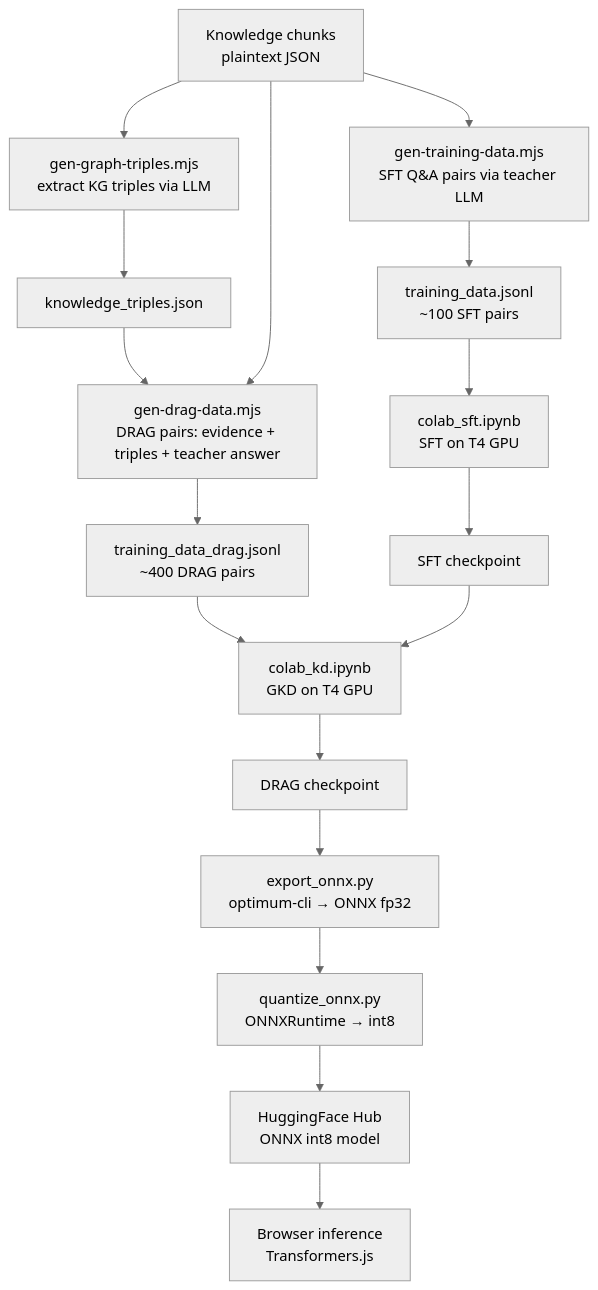
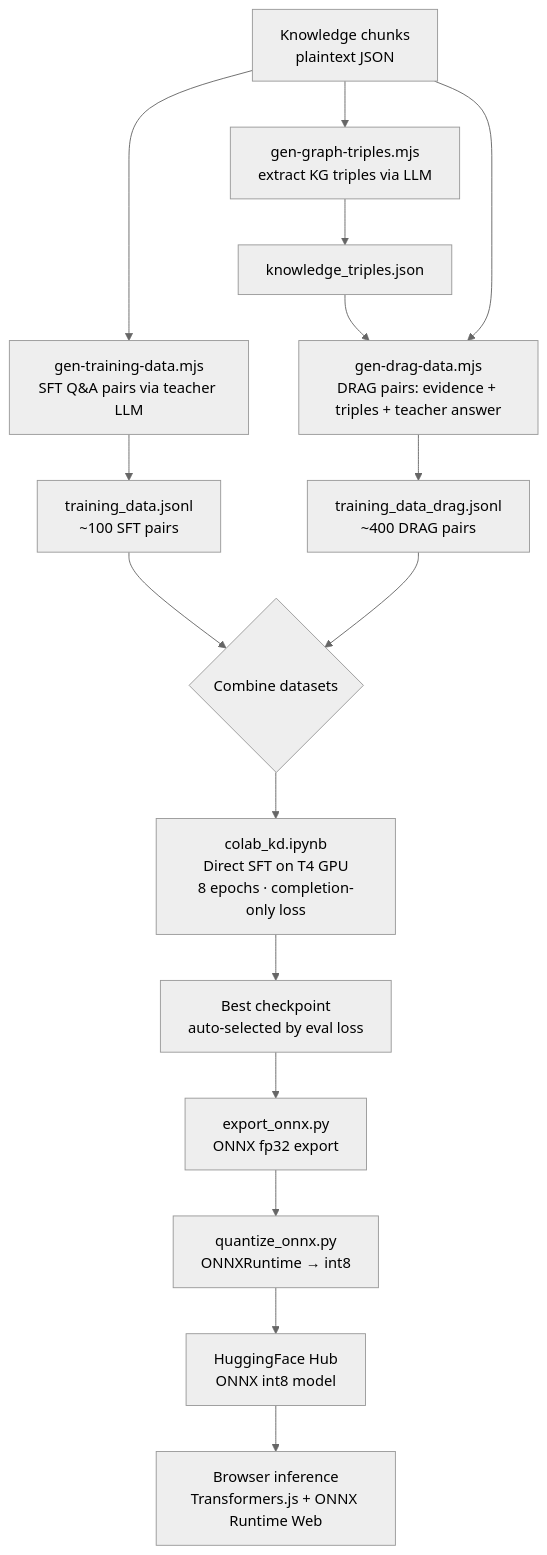
Before and after one commit to sanvora/smollm2-drag-distillation: the diagram in README.md, drawn with Mermaid (neutral theme). The commit also changed other lines of this file and 3 other files, not shown here.

````diff
--- a/README.md
+++ b/README.md
@@ -41,19 +46,18 @@
 ```mermaid
 flowchart TD
     A[Knowledge chunks\nplaintext JSON] --> B[gen-graph-triples.mjs\nextract KG triples via LLM]
     A --> C[gen-training-data.mjs\nSFT Q&A pairs via teacher LLM]
     B --> D[knowledge_triples.json]
     C --> E[training_data.jsonl\n~100 SFT pairs]
     D --> F[gen-drag-data.mjs\nDRAG pairs: evidence + triples + teacher answer]
     A --> F
     F --> G[training_data_drag.jsonl\n~400 DRAG pairs]
-    E --> H[colab_sft.ipynb\nSFT on T4 GPU]
-    G --> I[colab_kd.ipynb\nGKD on T4 GPU]
-    H --> J[SFT checkpoint]
-    J --> I
-    I --> K[DRAG checkpoint]
-    K --> L[export_onnx.py\noptimum-cli → ONNX fp32]
-    L --> M[quantize_onnx.py\nONNXRuntime → int8]
-    M --> N[HuggingFace Hub\nONNX int8 model]
-    N --> O[Browser inference\nTransformers.js]
+    E --> H{Combine datasets}
+    G --> H
+    H --> I[colab_kd.ipynb\nDirect SFT on T4 GPU\n8 epochs · completion-only loss]
+    I --> J[Best checkpoint\nauto-selected by eval loss]
+    J --> K[export_onnx.py\nONNX fp32 export]
+    K --> L[quantize_onnx.py\nONNXRuntime → int8]
+    L --> M[HuggingFace Hub\nONNX int8 model]
+    M --> N[Browser inference\nTransformers.js + ONNX Runtime Web]
 ```
````
